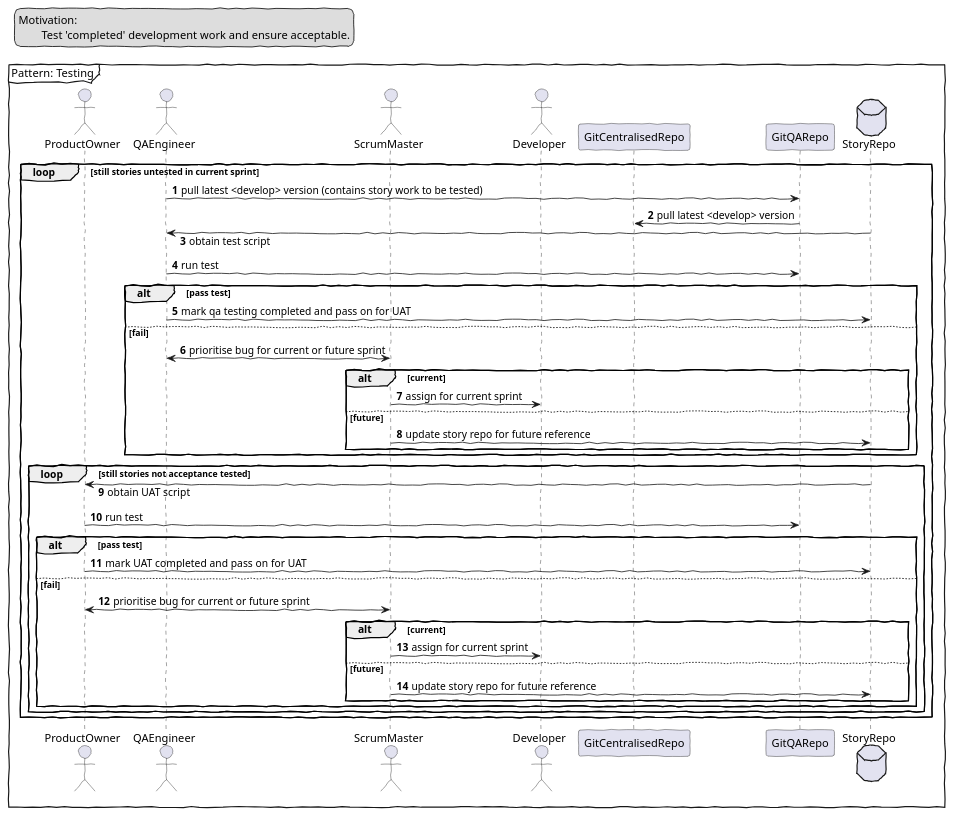
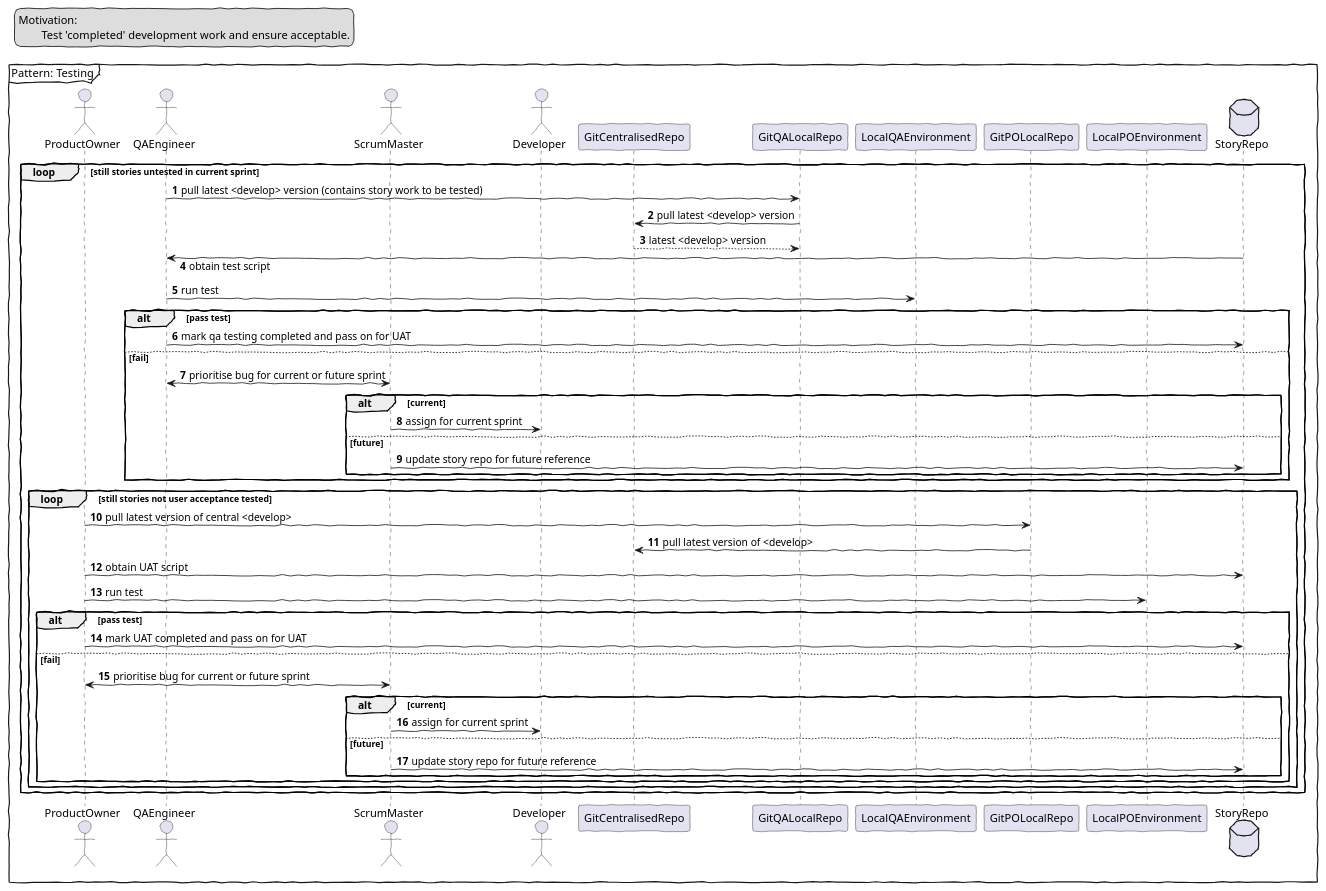
The fourth of 4 diagrams in ideal-process.puml (markcollinscope/epyx-process), drawn with PlantUML before and after one commit. The commit also changed other lines of this file and 1 other file, not shown here.

Commit message:
<master>: ongoing updates based around showing local env in action

```diff
--- a/ideal-process.puml
+++ b/ideal-process.puml
@@ -138,68 +154,74 @@
 @startuml seq-testing
 
 skinparam handwritten true
 skinparam responseMessageBelowArrow true
 
 mainframe Pattern: Testing
 
 legend top left
 Motivation: 
 	Test 'completed' development work and ensure acceptable.
 end legend
 
 actor ProductOwner as po
 actor QAEngineer as qa
 actor ScrumMaster as sm
 actor Developer as dev
 participant GitCentralisedRepo as gc
-participant GitQARepo as gq
+participant GitQALocalRepo as gqlr
+participant LocalQAEnvironment as lqe
+participant GitPOLocalRepo as gplr
+participant LocalPOEnvironment as lpe
 database StoryRepo as sr
 
 autonumber 0.0
 autonumber inc A
 
 'todo: push develop to QA environment / environments versus repos, etc.
 'todo: triggering of transfer <develop> to <QA Env>
 'todo: qa repo? branch? ...
 
-' QA & UAT
+'QA & UAT
 
 autonumber 1
 loop still stories untested in current sprint
-	qa -> gq : pull latest <develop> version (contains story work to be tested)
-	gq -> gc : pull latest <develop> version
+	qa -> gqlr : pull latest <develop> version (contains story work to be tested)
+	gqlr -> gc : pull latest <develop> version
+	gc --> gqlr: latest <develop> version
 	qa <- sr : obtain test script
-	qa -> gq: run test
+	qa -> lqe: run test
 	
 	alt pass test
 		qa -> sr: mark qa testing completed and pass on for UAT
 	else fail
 		sm <-> qa: prioritise bug for current or future sprint
 		alt current
 			sm -> dev: assign for current sprint
 		else future
 			sm -> sr: update story repo for future reference
 		end
 	end
 
 'todo: <uat>
 
-loop still stories not acceptance tested
-	po <- sr: obtain UAT script
-	po -> gq: run test
+loop still stories not user acceptance tested
+	po -> gplr: pull latest version of central <develop>
+	gplr -> gc: pull latest version of <develop>
+	po -> sr: obtain UAT script
+	po -> lpe: run test
 	
 	alt pass test
 		po -> sr: mark UAT completed and pass on for UAT
 	else fail
 		sm <-> po: prioritise bug for current or future sprint
 		alt current
 			sm -> dev: assign for current sprint
 		else future
 			sm -> sr: update story repo for future reference
 		end
 	end
 end
 	
 end loop
 
 @enduml
```
